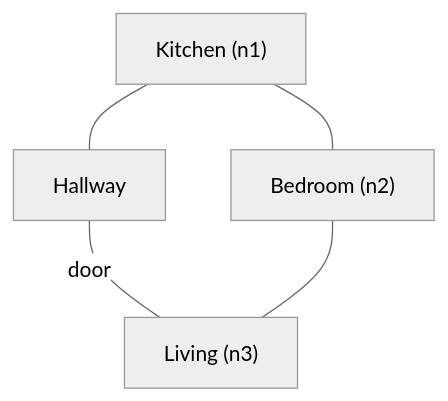
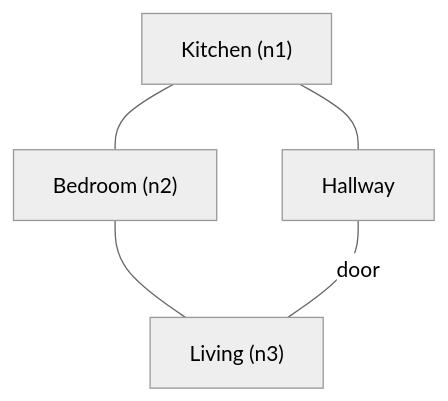
Before and after one commit to closedform/senseye: the second of 5 diagrams in README.md, drawn with Mermaid (neutral theme). The commit also changed other lines of this file, not shown here.

Commit message:
Refine README diagrams and restore mesh visuals

````diff
--- a/README.md
+++ b/README.md
@@ -44,7 +48,7 @@
 ```mermaid
-graph TD
+flowchart TB
   K["Kitchen (n1)"] --- H["Hallway"]
-  K --- B["Bedroom (n2)"]
-  H ---|"door"| L["Living (n3)"]
-  B --- L
+  B["Bedroom (n2)"] --- L["Living (n3)"]
+  K --- B
+  H ---|"door"| L
 ```
````
